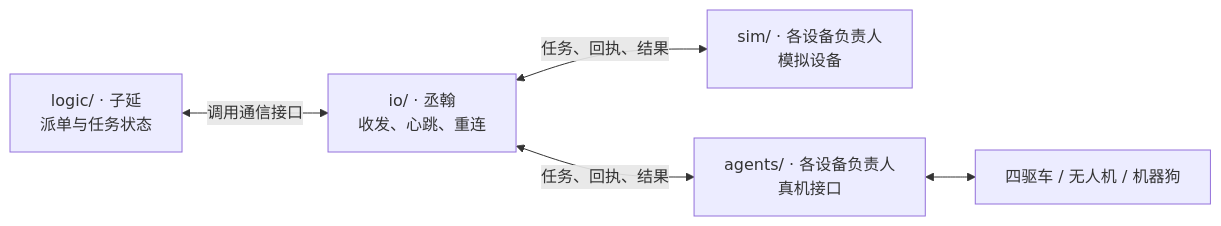
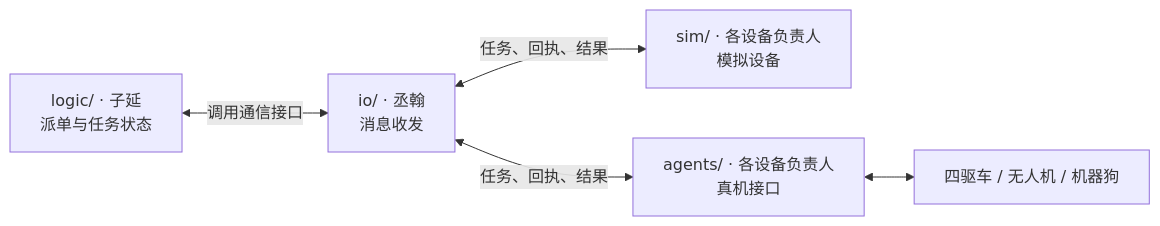
Before and after one commit to Karl-Heinrich-Marx-520/multi-robot-c2: the diagram in docs/00-架构与目录.md, drawn with Mermaid. The commit also changed other lines of this file and 9 other files, not shown here.

````diff
--- a/docs/00-架构与目录.md
+++ b/docs/00-架构与目录.md
@@ -5,7 +5,7 @@
 ```mermaid
 flowchart LR
-    Logic["logic/ · 子延<br/>派单与任务状态"] <-->|"调用通信接口"| IO["io/ · 丞翰<br/>收发、心跳、重连"]
+    Logic["logic/ · 子延<br/>派单与任务状态"] <-->|"调用通信接口"| IO["io/ · 丞翰<br/>消息收发"]
     IO <-->|"任务、回执、结果"| Sim["sim/ · 各设备负责人<br/>模拟设备"]
     IO <-->|"任务、回执、结果"| Agent["agents/ · 各设备负责人<br/>真机接口"]
     Agent <--> Device["四驱车 / 无人机 / 机器狗"]
 ```
````
